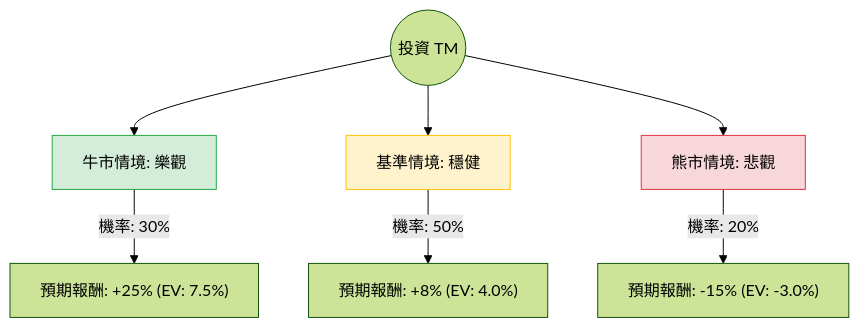
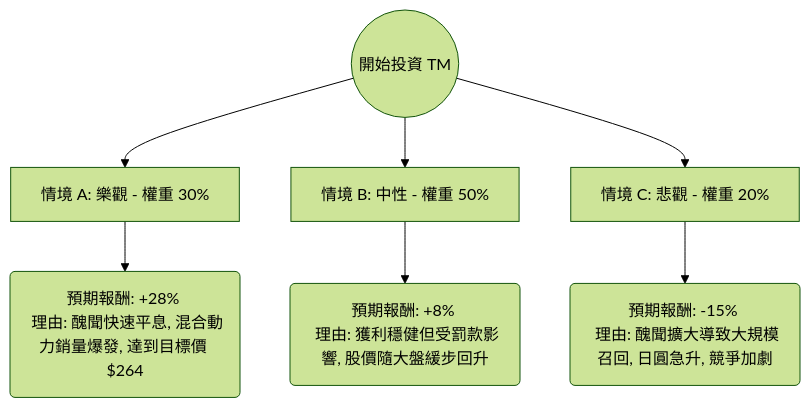
The diagram in plugin-react/ai-analysis/ev-analysis/TM.md (zmcx16/zmcx16.github.io), drawn with Mermaid (forest theme) before and after one commit. The commit also changed other lines of this file and 75 other files, not shown here.

````diff
--- a/plugin-react/ai-analysis/ev-analysis/TM.md
+++ b/plugin-react/ai-analysis/ev-analysis/TM.md
@@ -19,14 +20,10 @@
 ```mermaid
 graph TD
-    Start((投資 TM)) --> Bull[牛市情境: 樂觀]
-    Start --> Base[基準情境: 穩健]
-    Start --> Bear[熊市情境: 悲觀]
+    Start((開始投資 TM)) --> Bull[情境 A: 樂觀 - 權重 30%]
+    Start --> Base[情境 B: 中性 - 權重 50%]
+    Start --> Bear[情境 C: 悲觀 - 權重 20%]
 
-    Bull -- "機率: 30%" --> BullResult["預期報酬: +25% (EV: 7.5%)"]
-    Base -- "機率: 50%" --> BaseResult["預期報酬: +8% (EV: 4.0%)"]
-    Bear -- "機率: 20%" --> BearResult["預期報酬: -15% (EV: -3.0%)"]
-
-    style Bull fill:#d4edda,stroke:#28a745
-    style Base fill:#fff3cd,stroke:#ffc107
-    style Bear fill:#f8d7da,stroke:#dc3545
+    Bull --> Bull_Result(預期報酬: +28% <br/> 理由: 醜聞快速平息, 混合動力銷量爆發, 達到目標價 $264)
+    Base --> Base_Result(預期報酬: +8% <br/> 理由: 獲利穩健但受罰款影響, 股價隨大盤緩步回升)
+    Bear --> Bear_Result(預期報酬: -15% <br/> 理由: 醜聞擴大導致大規模召回, 日圓急升, 競爭加劇)
 ```
````
